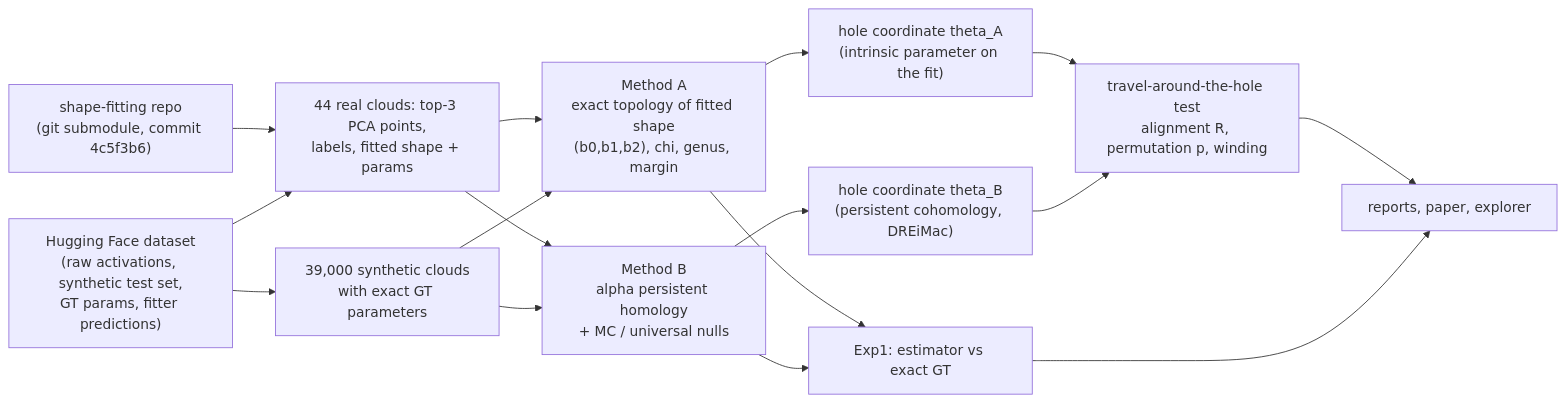
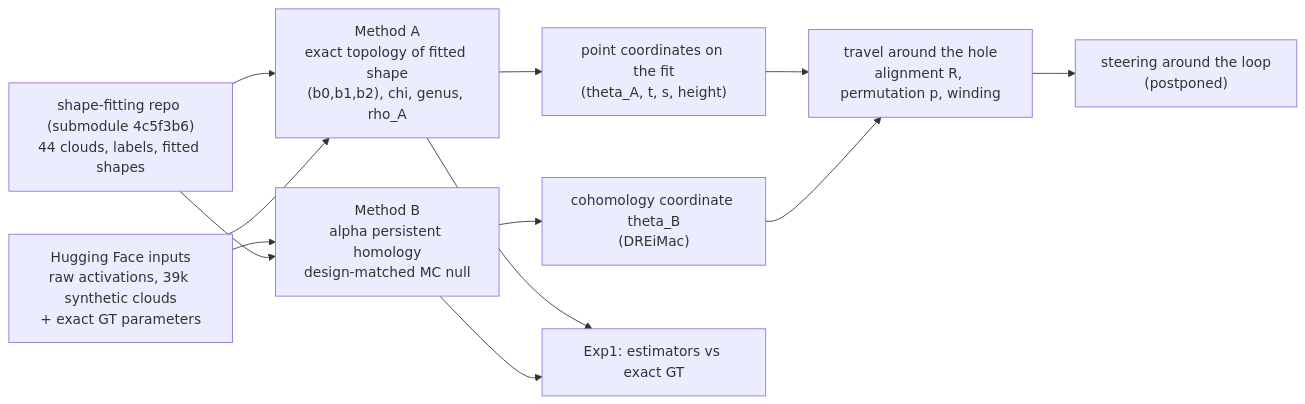
One commit to BurnyCoder/topology-of-neural-geometry-in-llm-mechanistic-interpretability changed the diagram in README.md. Above: the diagram before and after it, drawn with Mermaid. The commit also changed other lines of this file and 79 other files, not shown here.

Commit message:
Exp3 (cyclic hypotheses) with post hoc relaxed-range analysis (D5), Exp4, Exp5; generated README, reports, summary and paper (all numbers from results/); GitHub Pages explorer; literature review split

````diff
--- a/README.md
+++ b/README.md
@@ -50,18 +104,14 @@
 ```mermaid
 flowchart LR
-    S["shape-fitting repo<br/>(git submodule, commit 4c5f3b6)"] --> V["44 real clouds: top-3 PCA points,<br/>labels, fitted shape + params"]
-    H["Hugging Face dataset<br/>(raw activations, synthetic test set,<br/>GT params, fitter predictions)"] --> V
-    H --> Y["39,000 synthetic clouds<br/>with exact GT parameters"]
-    V --> A["Method A<br/>exact topology of fitted shape<br/>(b0,b1,b2), chi, genus, margin"]
-    V --> B["Method B<br/>alpha persistent homology<br/>+ MC / universal nulls"]
-    Y --> A
-    Y --> B
-    A --> TA["hole coordinate theta_A<br/>(intrinsic parameter on the fit)"]
-    B --> TB["hole coordinate theta_B<br/>(persistent cohomology, DREiMac)"]
-    TA --> T["travel-around-the-hole test<br/>alignment R, permutation p, winding"]
-    TB --> T
-    A --> X["Exp1: estimator vs exact GT"]
-    B --> X
-    T --> R["reports, paper, explorer"]
-    X --> R
+    S["shape-fitting repo (submodule 4c5f3b6)<br/>44 clouds, labels, fitted shapes"] --> A["Method A<br/>exact topology of fitted shape<br/>(b0,b1,b2), chi, genus, rho_A"]
+    H["Hugging Face inputs<br/>raw activations, 39k synthetic clouds<br/>+ exact GT parameters"] --> B["Method B<br/>alpha persistent homology<br/>design-matched MC null"]
+    S --> B
+    H --> A
+    A --> C["point coordinates on the fit<br/>(theta_A, t, s, height)"]
+    B --> D["cohomology coordinate theta_B<br/>(DREiMac)"]
+    C --> T["travel around the hole<br/>alignment R, permutation p, winding"]
+    D --> T
+    A --> V["Exp1: estimators vs exact GT"]
+    B --> V
+    T --> G["steering around the loop<br/>(postponed)"]
 ```
````
